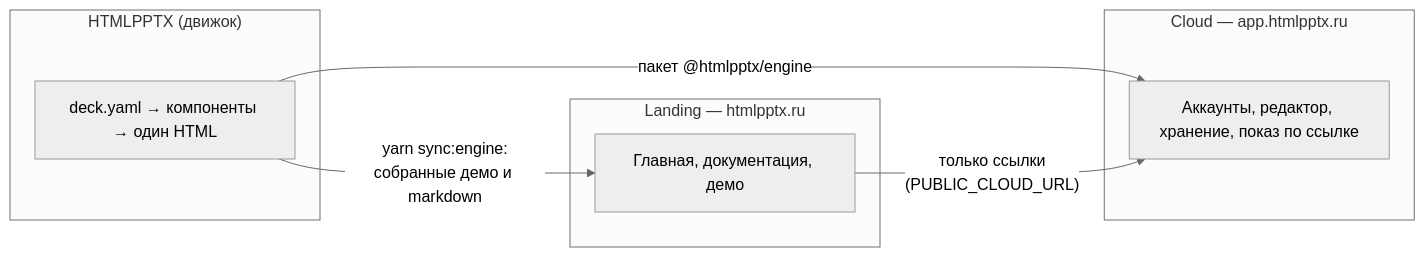
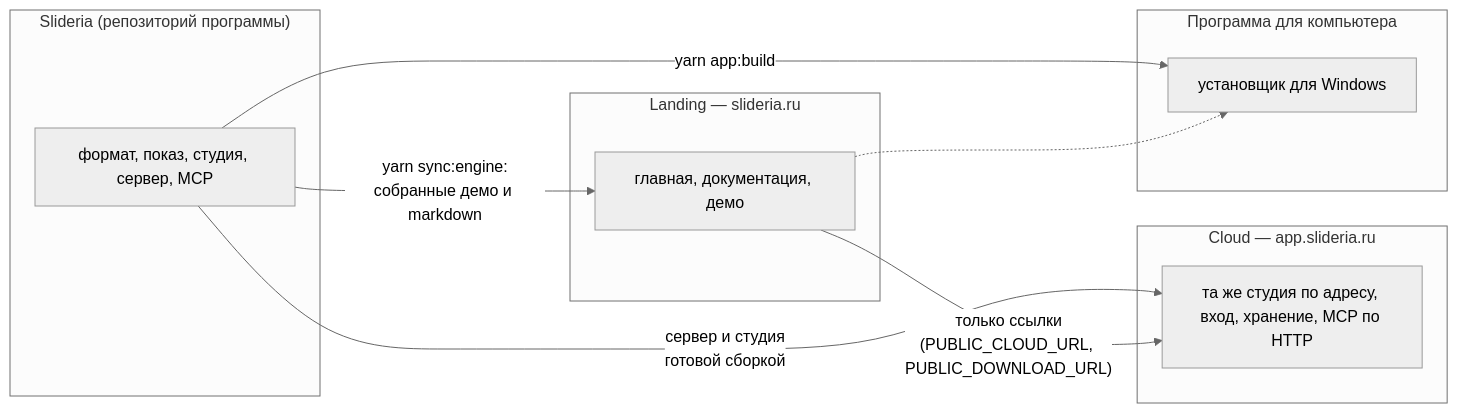
Before and after one commit to Sainero/Landing: the diagram in docs/ARCHITECTURE.md, drawn with Mermaid (neutral theme). The commit also changed other lines of this file and 66 other files, not shown here.

````diff
--- a/docs/ARCHITECTURE.md
+++ b/docs/ARCHITECTURE.md
@@ -5,15 +5,20 @@
 ```mermaid
 flowchart LR
-  subgraph engine["HTMLPPTX (движок)"]
-    E1["deck.yaml → компоненты → один HTML"]
+  subgraph slideria["Slideria (репозиторий программы)"]
+    E1["формат, показ, студия, сервер, MCP"]
   end
-  subgraph landing["Landing — htmlpptx.ru"]
-    L1["Главная, документация, демо"]
+  subgraph site["Landing — slideria.ru"]
+    L1["главная, документация, демо"]
   end
-  subgraph cloud["Cloud — app.htmlpptx.ru"]
-    C1["Аккаунты, редактор, хранение, показ по ссылке"]
+  subgraph cloud["Cloud — app.slideria.ru"]
+    C1["та же студия по адресу, вход, хранение, MCP по HTTP"]
+  end
+  subgraph desktop["Программа для компьютера"]
+    D1["установщик для Windows"]
   end
   E1 -- "yarn sync:engine:\nсобранные демо и markdown" --> L1
-  E1 -- "пакет @htmlpptx/engine" --> C1
-  L1 -- "только ссылки\n(PUBLIC_CLOUD_URL)" --> C1
+  E1 -- "сервер и студия\nготовой сборкой" --> C1
+  E1 -- "yarn app:build" --> D1
+  L1 -- "только ссылки\n(PUBLIC_CLOUD_URL, PUBLIC_DOWNLOAD_URL)" --> C1
+  L1 -.-> D1
 ```
````
